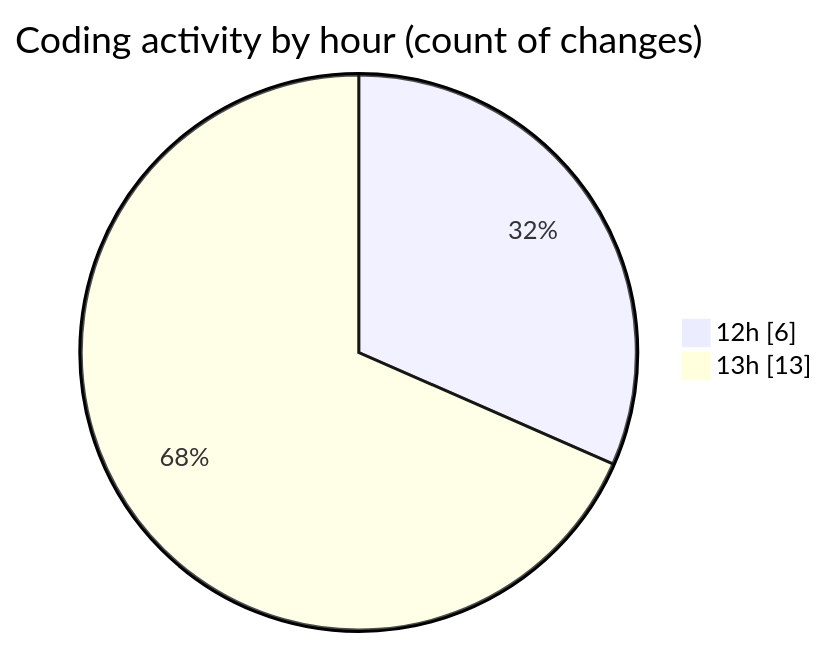
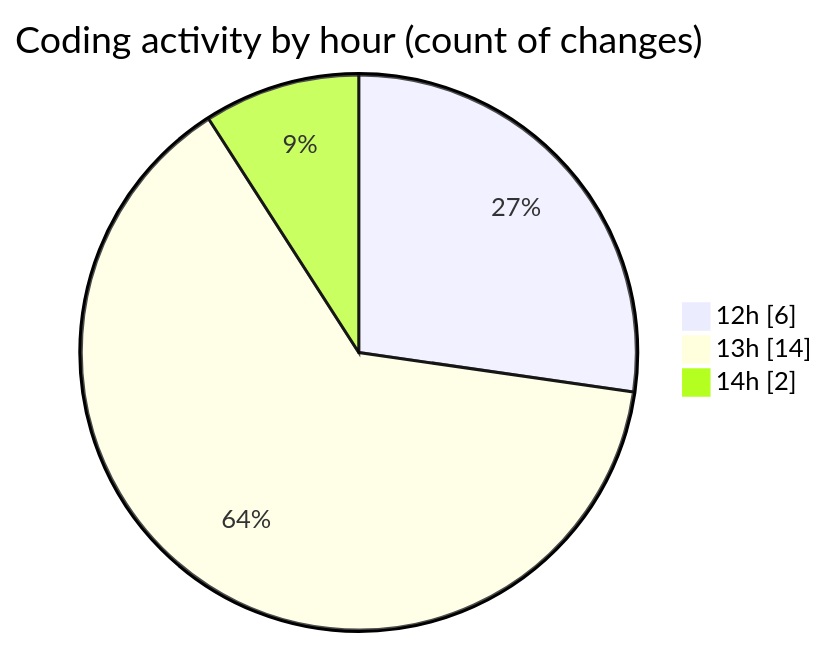
One commit to momahboobian/code-tracking changed the second of 2 diagrams in 2025-02-09/cda/README.md. Above: the diagram before and after it, drawn with Mermaid. The commit also changed other lines of this file and 1 other file, not shown here.

````diff
--- a/2025-02-09/cda/README.md
+++ b/2025-02-09/cda/README.md
@@ -35,6 +35,7 @@
 ```mermaid
 pie showData
 title Coding activity by hour (count of changes)
 "12h" : 6
-"13h" : 13
+"13h" : 14
+"14h" : 2
 ```
````
